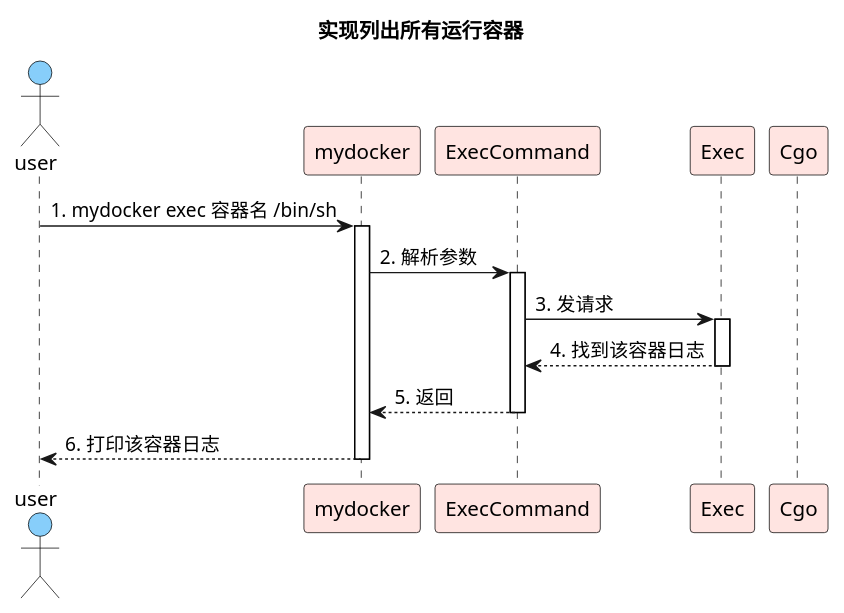
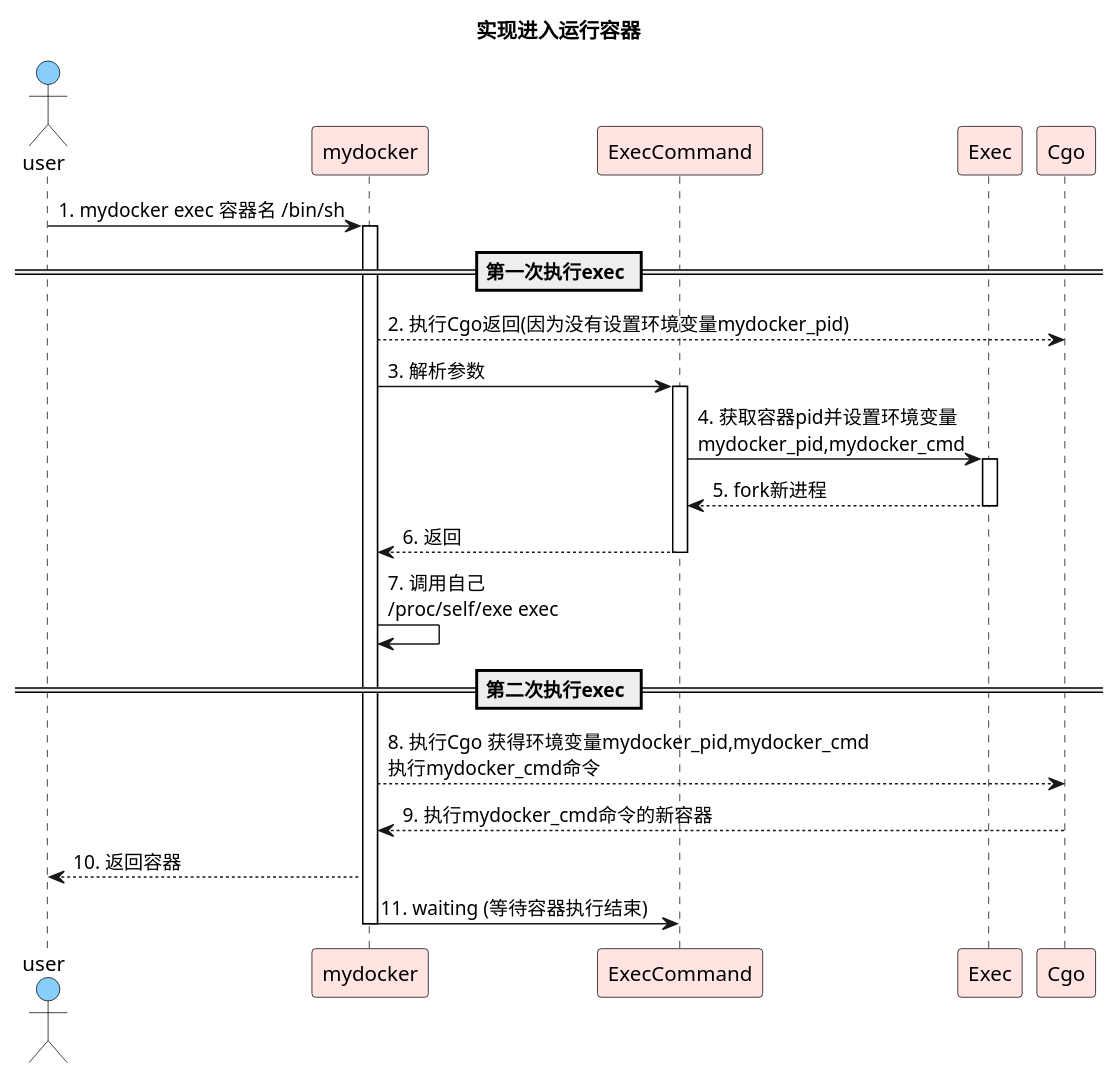
The diagram in pictures/code-5.4.puml (wsjhk/mydocker), drawn with PlantUML before and after one commit.

```diff
--- a/pictures/code-5.4.puml
+++ b/pictures/code-5.4.puml
@@ -3,36 +3,46 @@
 @startuml
-title 实现列出所有运行容器
+title 实现进入运行容器
 
 skinparam sequence {
 
     ActorBorderColor black
     LifeLineBorderColor black
     ActorBackgroundColor #87CEFA
 
 
     ParticipantBorderColor black
     ParticipantBackgroundColor #FFE4E1
 }
 
 
 actor user
 participant mydocker
 participant ExecCommand
 participant Exec
 participant Cgo
 
 
 user -> mydocker : 1. mydocker exec 容器名 /bin/sh
 activate mydocker
-mydocker -> ExecCommand: 2. 解析参数
+== 第一次执行exec ==
+mydocker --> Cgo: 2. 执行Cgo返回(因为没有设置环境变量mydocker_pid)
+mydocker -> ExecCommand: 3. 解析参数
 activate ExecCommand
-ExecCommand -> Exec: 3. 发请求
+ExecCommand -> Exec: 4. 获取容器pid并设置环境变量\nmydocker_pid,mydocker_cmd
 activate Exec
-Exec --> ExecCommand: 4. 找到该容器日志
+Exec --> ExecCommand: 5. fork新进程
 deactivate Exec
-ExecCommand --> mydocker: 5. 返回
+ExecCommand --> mydocker: 6. 返回
 deactivate ExecCommand
-mydocker --> user: 6. 打印该容器日志
+mydocker -> mydocker: 7. 调用自己\n/proc/self/exe exec
+
+== 第二次执行exec ==
+mydocker --> Cgo: 8. 执行Cgo 获得环境变量mydocker_pid,mydocker_cmd\n执行mydocker_cmd命令
+
+Cgo --> mydocker: 9. 执行mydocker_cmd命令的新容器
+mydocker --> user: 10. 返回容器
+
+mydocker -> ExecCommand: 11. waiting (等待容器执行结束)
 deactivate mydocker
 
 @enduml
```
